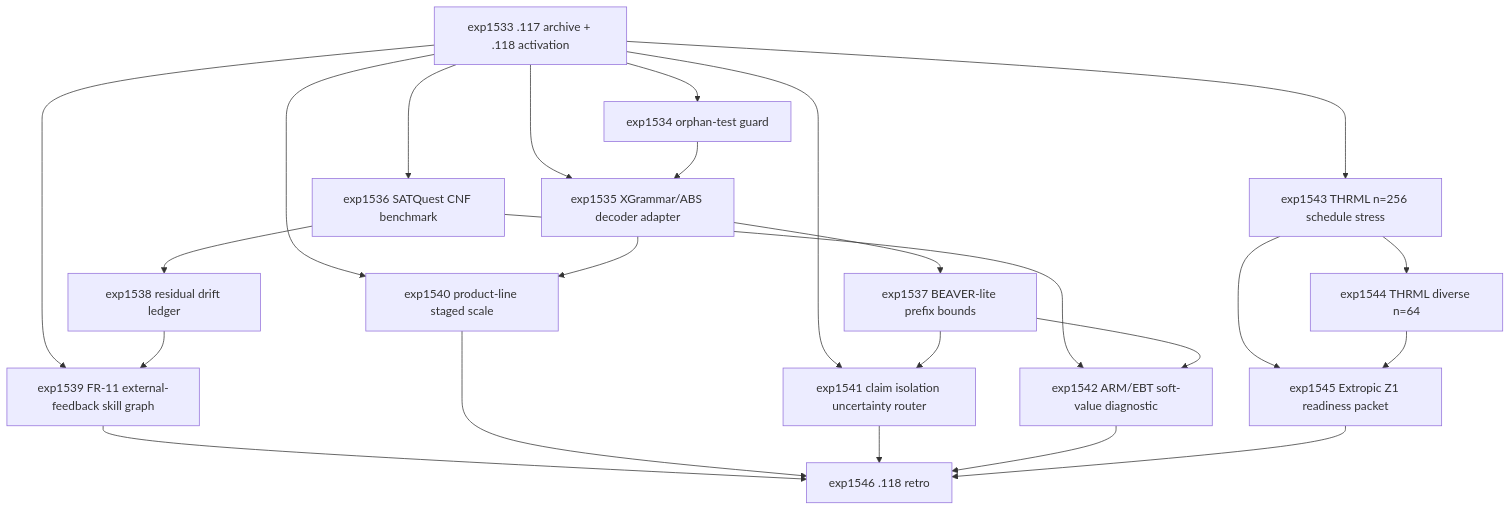
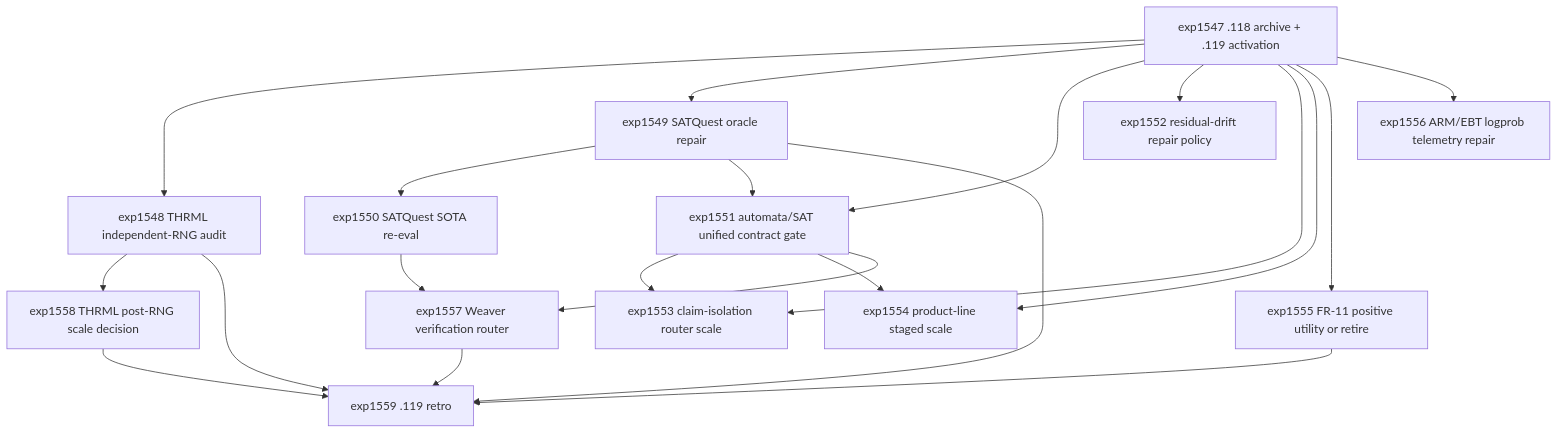
Before and after one commit to Carnot-EBM/carnot-ebm: the diagram in openspec/change-proposals/research-roadmap-vNEXT.md, drawn with Mermaid. The commit also changed other lines of this file and 5 other files, not shown here.

````diff
--- a/openspec/change-proposals/research-roadmap-vNEXT.md
+++ b/openspec/change-proposals/research-roadmap-vNEXT.md
@@ -155,41 +152,37 @@
 ```mermaid
 flowchart TD
-    E1533[exp1533 .117 archive + .118 activation]
-    E1534[exp1534 orphan-test guard]
-    E1535[exp1535 XGrammar/ABS decoder adapter]
-    E1536[exp1536 SATQuest CNF benchmark]
-    E1537[exp1537 BEAVER-lite prefix bounds]
-    E1538[exp1538 residual drift ledger]
-    E1539[exp1539 FR-11 external-feedback skill graph]
-    E1540[exp1540 product-line staged scale]
-    E1541[exp1541 claim isolation uncertainty router]
-    E1542[exp1542 ARM/EBT soft-value diagnostic]
-    E1543[exp1543 THRML n=256 schedule stress]
-    E1544[exp1544 THRML diverse n=64]
-    E1545[exp1545 Extropic Z1 readiness packet]
-    E1546[exp1546 .118 retro]
+    E1547[exp1547 .118 archive + .119 activation]
+    E1548[exp1548 THRML independent-RNG audit]
+    E1549[exp1549 SATQuest oracle repair]
+    E1550[exp1550 SATQuest SOTA re-eval]
+    E1551[exp1551 automata/SAT unified contract gate]
+    E1552[exp1552 residual-drift repair policy]
+    E1553[exp1553 claim-isolation router scale]
+    E1554[exp1554 product-line staged scale]
+    E1555[exp1555 FR-11 positive utility or retire]
+    E1556[exp1556 ARM/EBT logprob telemetry repair]
+    E1557[exp1557 Weaver verification router]
+    E1558[exp1558 THRML post-RNG scale decision]
+    E1559[exp1559 .119 retro]
 
-    E1533 --> E1534
-    E1533 --> E1535
-    E1534 --> E1535
-    E1533 --> E1536
-    E1535 --> E1537
-    E1536 --> E1538
-    E1533 --> E1539
-    E1538 --> E1539
-    E1533 --> E1540
-    E1535 --> E1540
-    E1533 --> E1541
-    E1537 --> E1541
-    E1536 --> E1542
-    E1537 --> E1542
-    E1533 --> E1543
-    E1543 --> E1544
-    E1543 --> E1545
-    E1544 --> E1545
-    E1539 --> E1546
-    E1540 --> E1546
-    E1541 --> E1546
-    E1542 --> E1546
-    E1545 --> E1546
+    E1547 --> E1548
+    E1547 --> E1549
+    E1549 --> E1550
+    E1547 --> E1551
+    E1549 --> E1551
+    E1547 --> E1552
+    E1551 --> E1553
+    E1547 --> E1553
+    E1551 --> E1554
+    E1547 --> E1554
+    E1547 --> E1555
+    E1547 --> E1556
+    E1550 --> E1557
+    E1551 --> E1557
+    E1548 --> E1558
+    E1548 --> E1559
+    E1549 --> E1559
+    E1555 --> E1559
+    E1557 --> E1559
+    E1558 --> E1559
 ```
````
